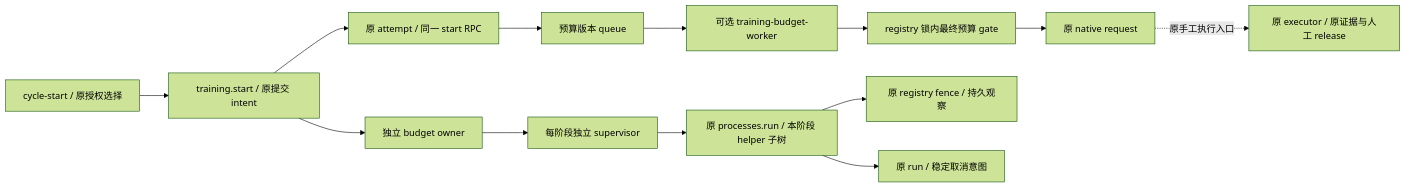
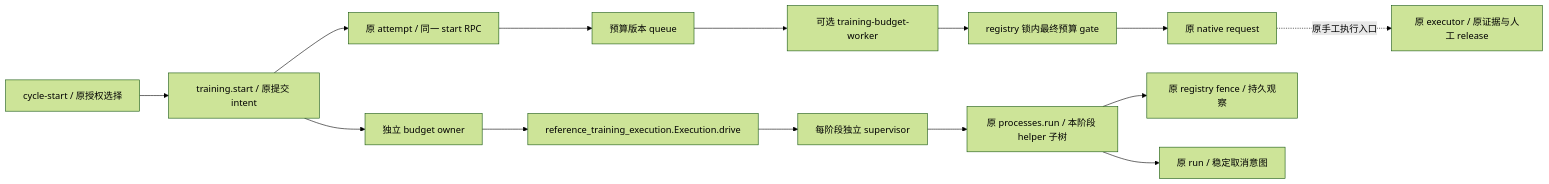
Before and after one commit to 626619403/Ergora: the ninth of 11 diagrams in docs/architecture/current.md, drawn with Mermaid (forest theme). The commit also changed other lines of this file and 1 other file, not shown here.

Commit message:
docs: align current architecture execution contracts

````diff
--- a/docs/architecture/current.md
+++ b/docs/architecture/current.md
@@ -438,15 +440,16 @@
 ```mermaid
 flowchart LR
   Cycle[cycle-start / 原授权选择] --> Start[training.start / 原提交 intent]
   Start --> Owner[独立 budget owner]
   Start --> Attempt[原 attempt / 同一 start RPC]
   Attempt --> Queue[预算版本 queue]
   Queue --> Worker[可选 training-budget-worker]
   Worker --> Gate[registry 锁内最终预算 gate]
   Gate --> Request[原 native request]
-  Owner --> Phase[每阶段独立 supervisor]
+  Owner --> Drive[reference_training_execution.Execution.drive]
+  Drive --> Phase[每阶段独立 supervisor]
   Phase --> Helpers[原 processes.run / 本阶段 helper 子树]
   Helpers --> Fence[原 registry fence / 持久观察]
   Helpers --> Cancel[原 run / 稳定取消意图]
   Request -. 原手工执行入口 .-> Existing[原 executor / 原证据与人工 release]
 ```
````
